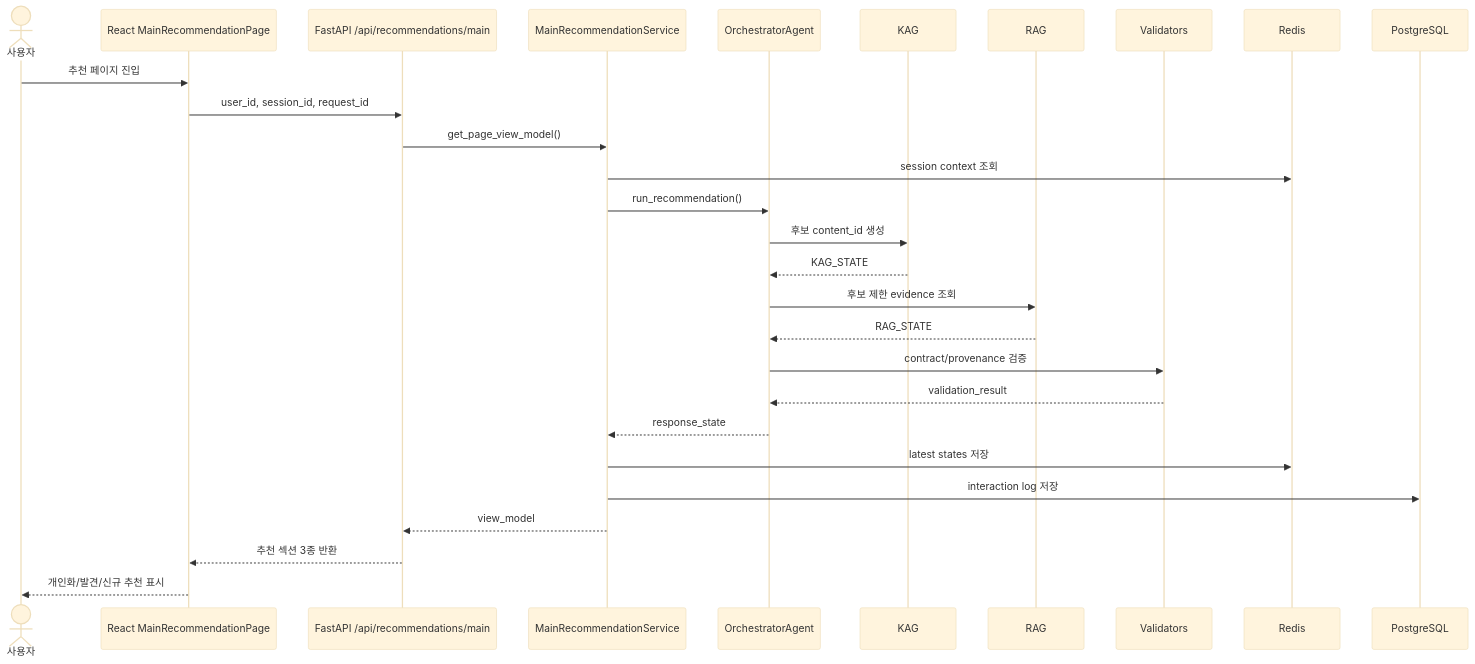
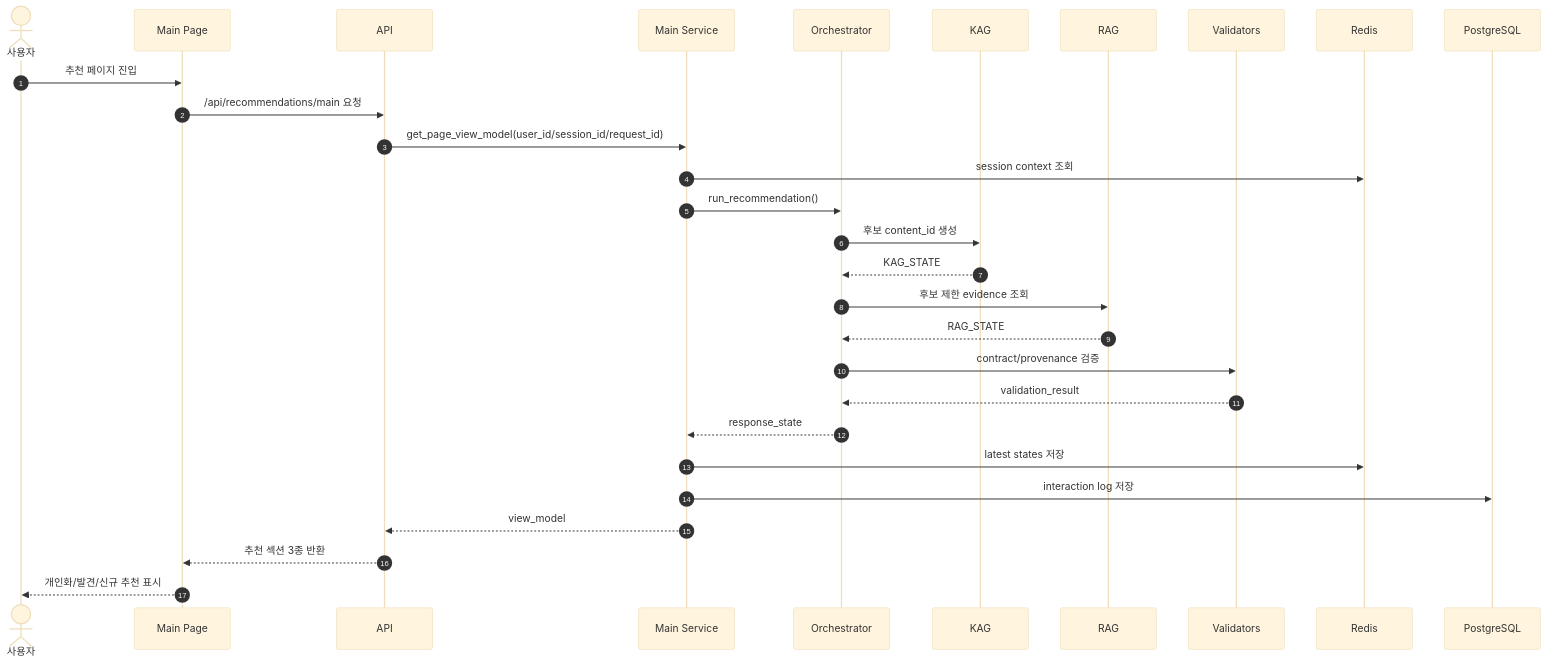
One commit to SKNETWORKS-FAMILY-AICAMP/SKN27-3rd-2TEAM changed the eighth of 12 diagrams in README.md. Above: the diagram before and after it, drawn with Mermaid (base theme). The commit also changed other lines of this file, not shown here.

Commit message:
업로드 시퀀스 다이어그램

````diff
--- a/README.md
+++ b/README.md
@@ -412,31 +412,32 @@
 ```mermaid
 sequenceDiagram
+    autonumber
     actor User as 사용자
-    participant FE as React MainRecommendationPage
-    participant API as FastAPI /api/recommendations/main
-    participant SVC as MainRecommendationService
-    participant ORCH as OrchestratorAgent
+    participant FE as Main Page
+    participant API as API
+    participant SVC as Main Service
+    participant ORCH as Orchestrator
     participant KAG as KAG
     participant RAG as RAG
     participant VAL as Validators
-    participant Redis as Redis
-    participant PG as PostgreSQL
+    participant Cache as Redis
+    participant DB as PostgreSQL
 
     User->>FE: 추천 페이지 진입
-    FE->>API: user_id, session_id, request_id
-    API->>SVC: get_page_view_model()
-    SVC->>Redis: session context 조회
+    FE->>API: /api/recommendations/main 요청
+    API->>SVC: get_page_view_model(user_id/session_id/request_id)
+    SVC->>Cache: session context 조회
     SVC->>ORCH: run_recommendation()
     ORCH->>KAG: 후보 content_id 생성
     KAG-->>ORCH: KAG_STATE
     ORCH->>RAG: 후보 제한 evidence 조회
     RAG-->>ORCH: RAG_STATE
     ORCH->>VAL: contract/provenance 검증
     VAL-->>ORCH: validation_result
     ORCH-->>SVC: response_state
-    SVC->>Redis: latest states 저장
-    SVC->>PG: interaction log 저장
+    SVC->>Cache: latest states 저장
+    SVC->>DB: interaction log 저장
     SVC-->>API: view_model
     API-->>FE: 추천 섹션 3종 반환
     FE-->>User: 개인화/발견/신규 추천 표시
 ```
````
